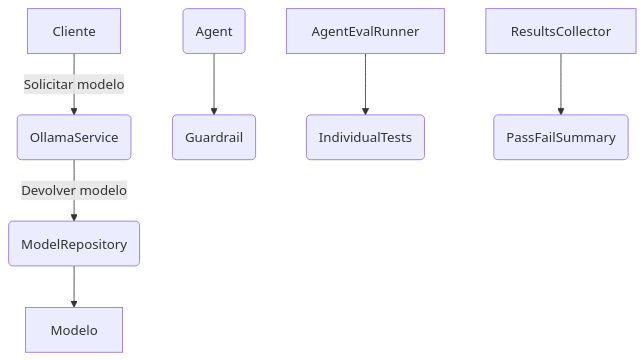
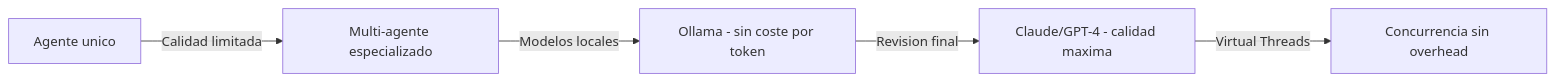
One commit to Joaquinriosheredia/DAM-Java-Mastery changed the fourth of 4 diagrams in 08_IA_Agentes/sistemas_multi-agente_con_langchain4j_y_ollama_STAFF.md. Above: the diagram before and after it, drawn with Mermaid. The commit also changed other lines of this file and 1 other file, not shown here.

Commit message:
feat: Data Mesh y Sistemas Multi-Agente — guías Staff refinadas

````diff
--- a/08_IA_Agentes/sistemas_multi-agente_con_langchain4j_y_ollama_STAFF.md
+++ b/08_IA_Agentes/sistemas_multi-agente_con_langchain4j_y_ollama_STAFF.md
@@ -1178,9 +536,7 @@
 ```mermaid
-graph TD;
-    A[Cliente] -->|Solicitar modelo| B(OllamaService)
-    B -->|Devolver modelo| C(ModelRepository)
-    C --> D[Modelo]
-    E(Agent) --> F(Guardrail)
-    G[AgentEvalRunner] --> H(IndividualTests)
-    I[ResultsCollector] --> J(PassFailSummary)
+graph LR
+    A[Agente unico] -->|Calidad limitada| B[Multi-agente especializado]
+    B -->|Modelos locales| C[Ollama - sin coste por token]
+    C -->|Revision final| D[Claude/GPT-4 - calidad maxima]
+    D -->|Virtual Threads| E[Concurrencia sin overhead]
 ```
````
